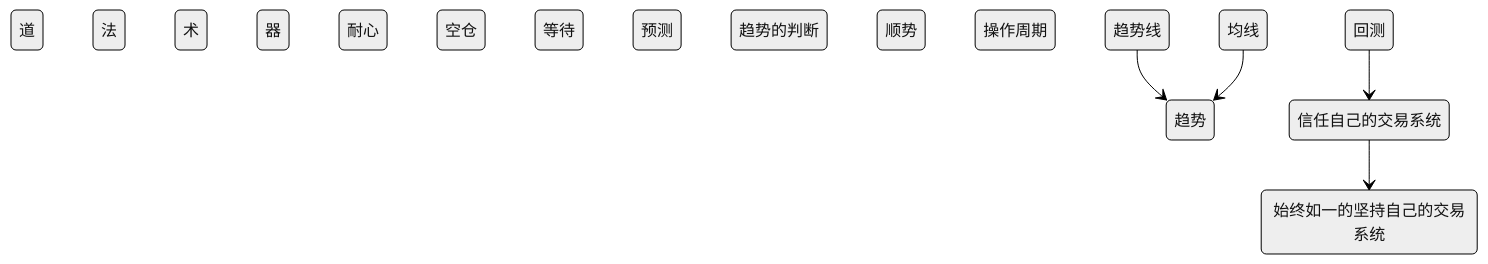
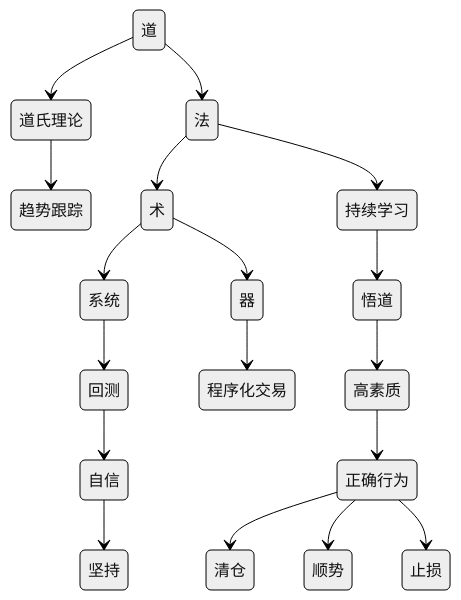
Before and after one commit to bjrobin/note: the diagram in 交易/思考.md, drawn with Mermaid (neutral theme). The commit also changed other lines of this file, not shown here.

````diff
--- a/交易/思考.md
+++ b/交易/思考.md
@@ -3,21 +4,30 @@
 ```mermaid
 stateDiagram-v2
 
-道
-法
-术
-器
+道 --> 法
+道 --> 道氏理论
+道氏理论 --> 趋势跟踪
+法 --> 术
+法 --> 持续学习
+持续学习 --> 悟道
+悟道 --> 高素质
+高素质 --> 正确行为
 
-耐心
-空仓
-等待
-预测
+术 --> 器
 
-趋势的判断
-顺势
-操作周期
-趋势线 --> 趋势
-均线 --> 趋势
-回测 --> 信任自己的交易系统
-信任自己的交易系统 --> 始终如一的坚持自己的交易系统
+器 --> 程序化交易
+
+
+
+
+
+
+正确行为 --> 清仓
+正确行为 --> 顺势
+正确行为 --> 止损
+
+术 --> 系统
+系统 --> 回测
+回测 --> 自信
+自信 --> 坚持
 ```
````
